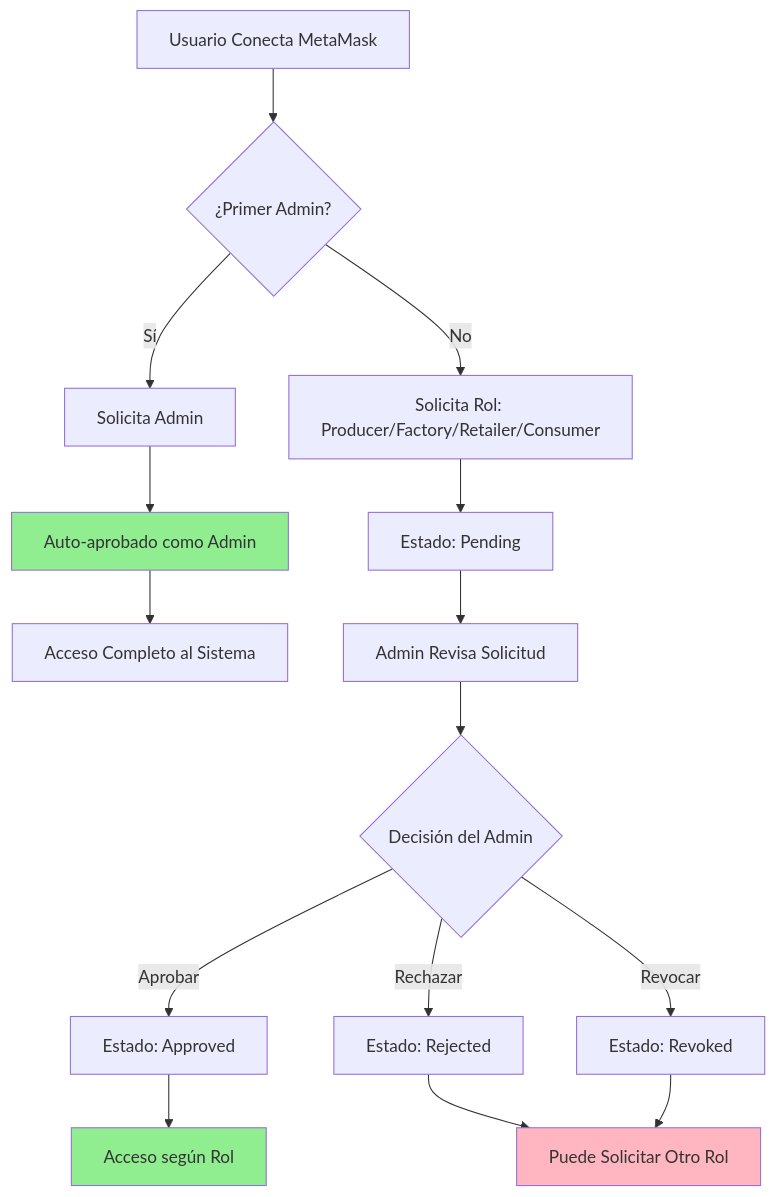
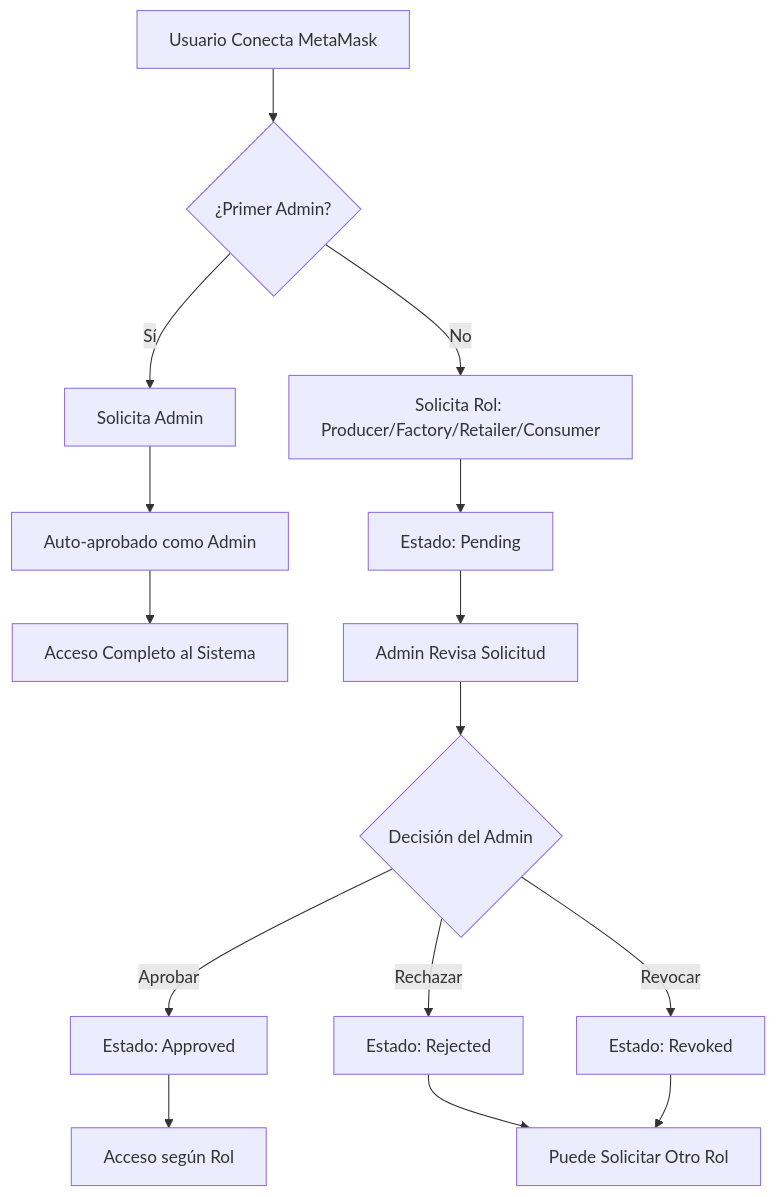
The first of 5 diagrams in README.md (risuiar/supply-chain-tracker), drawn with Mermaid before and after one commit. The commit also changed other lines of this file, not shown here.

````diff
--- a/README.md
+++ b/README.md
@@ -80,24 +80,21 @@
 ```mermaid
 graph TD
     A[Usuario Conecta MetaMask] --> B{¿Primer Admin?}
     B -->|Sí| C[Solicita Admin]
     B -->|No| D[Solicita Rol: Producer/Factory/Retailer/Consumer]
     
     C --> E[Auto-aprobado como Admin]
     E --> F[Acceso Completo al Sistema]
     
     D --> G[Estado: Pending]
     G --> H[Admin Revisa Solicitud]
     H --> I{Decisión del Admin}
     I -->|Aprobar| J[Estado: Approved]
     I -->|Rechazar| K[Estado: Rejected]
     I -->|Revocar| L[Estado: Revoked]
     
     J --> M[Acceso según Rol]
     K --> N[Puede Solicitar Otro Rol]
     L --> N
     
-    style E fill:#90EE90
-    style M fill:#90EE90
-    style N fill:#FFB6C1
 ```
````
